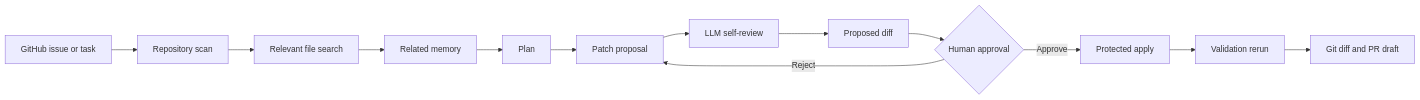
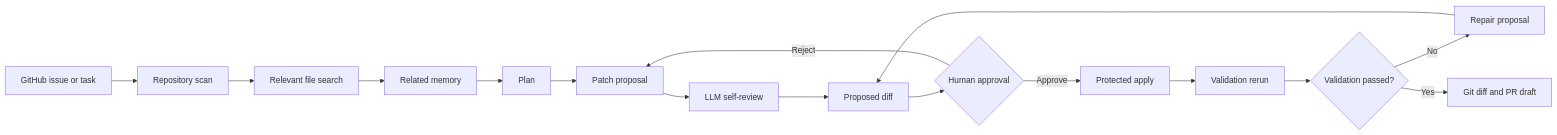
The diagram in README.md (CHOS1N11111/RepoPilot-Agent), drawn with Mermaid before and after one commit. The commit also changed other lines of this file and 11 other files, not shown here.

````diff
--- a/README.md
+++ b/README.md
@@ -29,15 +30,18 @@
 ```mermaid
 flowchart LR
     A["GitHub issue or task"] --> B["Repository scan"]
     B --> C["Relevant file search"]
     C --> M["Related memory"]
     M --> D["Plan"]
     D --> E["Patch proposal"]
     E --> F["LLM self-review"]
     F --> G["Proposed diff"]
     G --> H{"Human approval"}
     H -->|Approve| I["Protected apply"]
     H -->|Reject| E
     I --> J["Validation rerun"]
-    J --> K["Git diff and PR draft"]
+    J --> L{"Validation passed?"}
+    L -->|No| R["Repair proposal"]
+    R --> G
+    L -->|Yes| K["Git diff and PR draft"]
 ```
````
